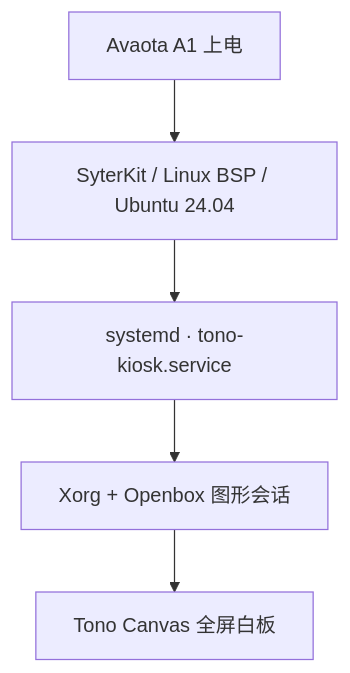
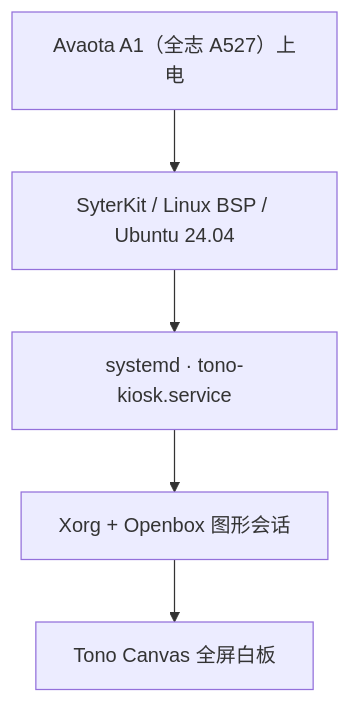
The diagram in README.md (TonoTeam/AvaotaOS), drawn with Mermaid before and after one commit. The commit also changed other lines of this file, not shown here.

Commit message:
Clarify Allwinner A527 as the Avaota A1 SoC

````diff
--- a/README.md
+++ b/README.md
@@ -20,7 +20,7 @@
 ```mermaid
 flowchart TD
-    A["Avaota A1 上电"] --> B["SyterKit / Linux BSP / Ubuntu 24.04"]
+    A["Avaota A1（全志 A527）上电"] --> B["SyterKit / Linux BSP / Ubuntu 24.04"]
     B --> C["systemd · tono-kiosk.service"]
     C --> D["Xorg + Openbox 图形会话"]
     D --> E["Tono Canvas 全屏白板"]
 ```
````
